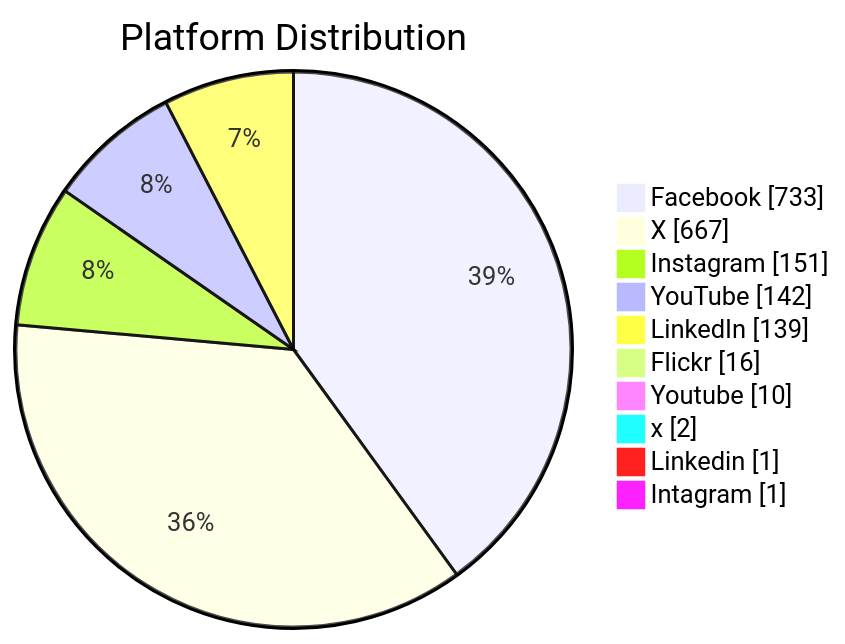
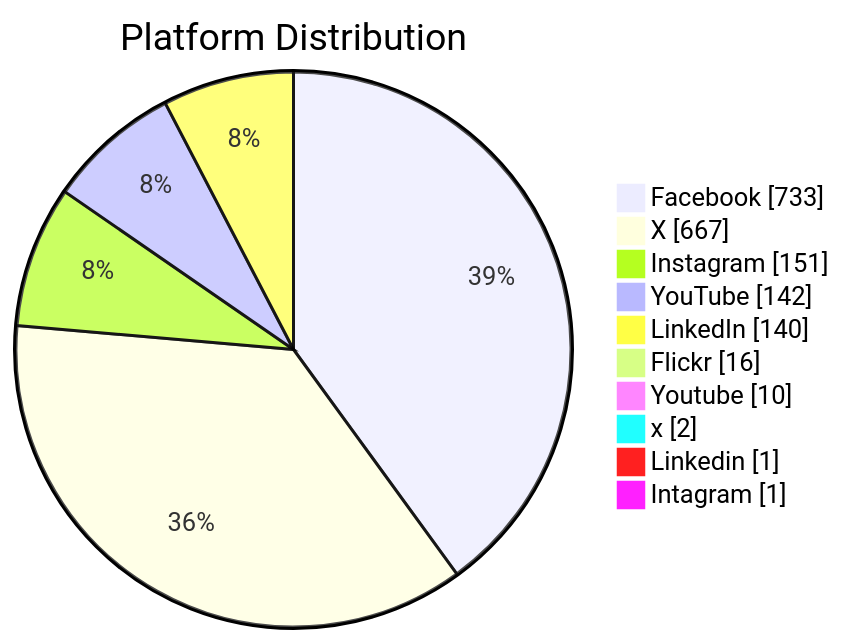
Before and after one commit to PatLittle/GC-Socials: the second of 6 diagrams in README.md, drawn with Mermaid. The commit also changed other lines of this file, not shown here.

Commit message:
Update README with Platform Distribution pie chart

````diff
--- a/README.md
+++ b/README.md
@@ -60,13 +62,13 @@
 ```mermaid
 pie showData title Platform Distribution
     "Facebook": 733
     "X": 667
     "Instagram": 151
     "YouTube": 142
-    "LinkedIn": 139
+    "LinkedIn": 140
     "Flickr": 16
     "Youtube": 10
     "x": 2
     "Linkedin": 1
     "Intagram": 1
 ```
````
